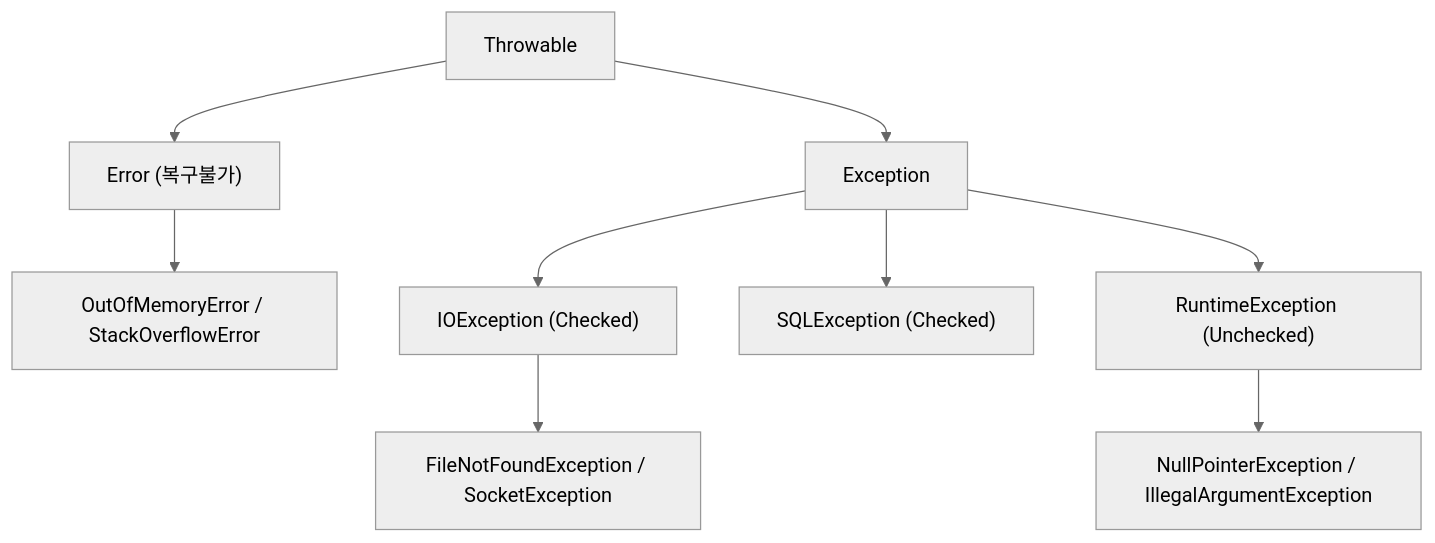
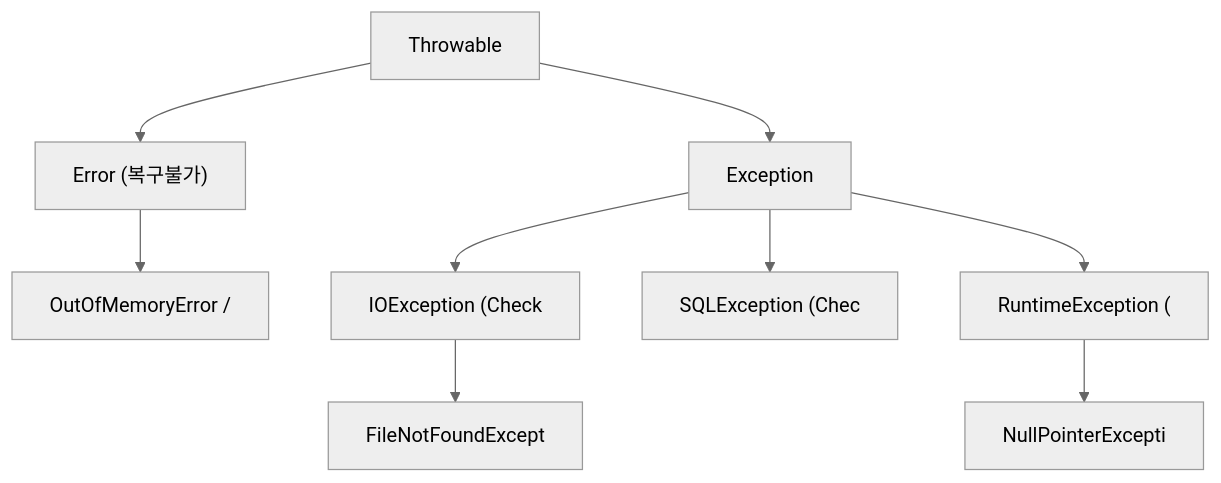
One commit to yjkim2015/yjkim2015.github.io changed the first of 4 diagrams in _posts/java/2026-05-01-java-exception.md. Above: the diagram before and after it, drawn with Mermaid (neutral theme). The commit also changed other lines of this file and 271 other files, not shown here.

First line of the commit message:
Mermaid 라벨 축소: 긴 노드 텍스트 18자 이하로 트림 + \n 제거

````diff
--- a/_posts/java/2026-05-01-java-exception.md
+++ b/_posts/java/2026-05-01-java-exception.md
@@ -20,8 +20,8 @@
 ```mermaid
 graph TD
     A["Throwable"] --> B["Error (복구불가)"] & C["Exception"]
-    B --> B1["OutOfMemoryError / StackOverflowError"]
-    C --> D["IOException (Checked)"] & E["SQLException (Checked)"] & F["RuntimeException (Unchecked)"]
-    D --> D1["FileNotFoundException / SocketException"]
-    F --> F1["NullPointerException / IllegalArgumentException"]
+    B --> B1["OutOfMemoryError /"]
+    C --> D["IOException (Check"] & E["SQLException (Chec"] & F["RuntimeException ("]
+    D --> D1["FileNotFoundExcept"]
+    F --> F1["NullPointerExcepti"]
 ```
````
